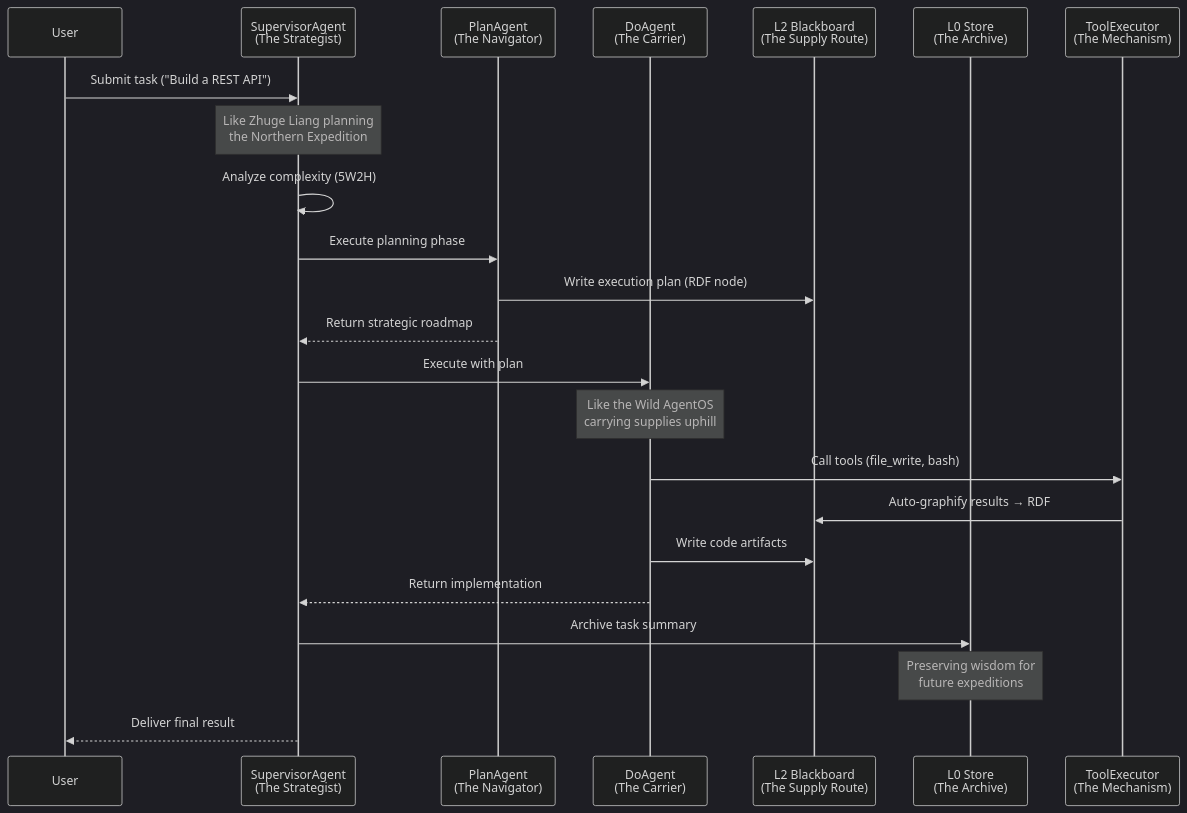
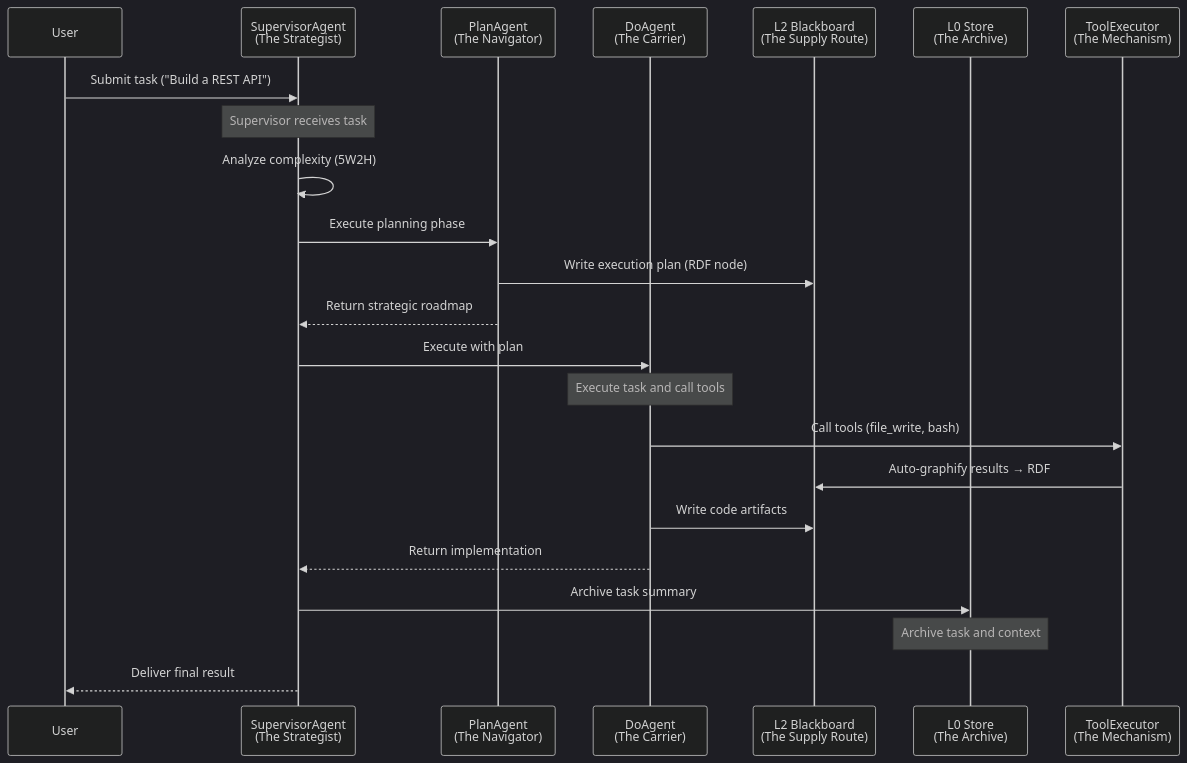
Diagram 17 of 17 in docs/DESIGN_DETAIL.md (skaiy/Wild_AgentOS), drawn with Mermaid (dark theme) before and after one commit. The commit also changed 5 other files, not shown here.

````diff
--- a/docs/DESIGN_DETAIL.md
+++ b/docs/DESIGN_DETAIL.md
@@ -1095,26 +1095,26 @@
 ```mermaid
 sequenceDiagram
     participant User
     participant SA as SupervisorAgent<br/>(The Strategist)
     participant PA as PlanAgent<br/>(The Navigator)
     participant DA as DoAgent<br/>(The Carrier)
     participant L2 as L2 Blackboard<br/>(The Supply Route)
     participant L0 as L0 Store<br/>(The Archive)
     participant TE as ToolExecutor<br/>(The Mechanism)
     
     User->>SA: Submit task ("Build a REST API")
-    Note over SA: Like Zhuge Liang planning<br/>the Northern Expedition
+    Note over SA: Supervisor receives task
     SA->>SA: Analyze complexity (5W2H)
     SA->>PA: Execute planning phase
     PA->>L2: Write execution plan (RDF node)
     PA-->>SA: Return strategic roadmap
     SA->>DA: Execute with plan
-    Note over DA: Like the Wild AgentOS<br/>carrying supplies uphill
+    Note over DA: Execute task and call tools
     DA->>TE: Call tools (file_write, bash)
     TE->>L2: Auto-graphify results → RDF
     DA->>L2: Write code artifacts
     DA-->>SA: Return implementation
     SA->>L0: Archive task summary
-    Note over L0: Preserving wisdom for<br/>future expeditions
+    Note over L0: Archive task and context
     SA-->>User: Deliver final result
 ```
````
